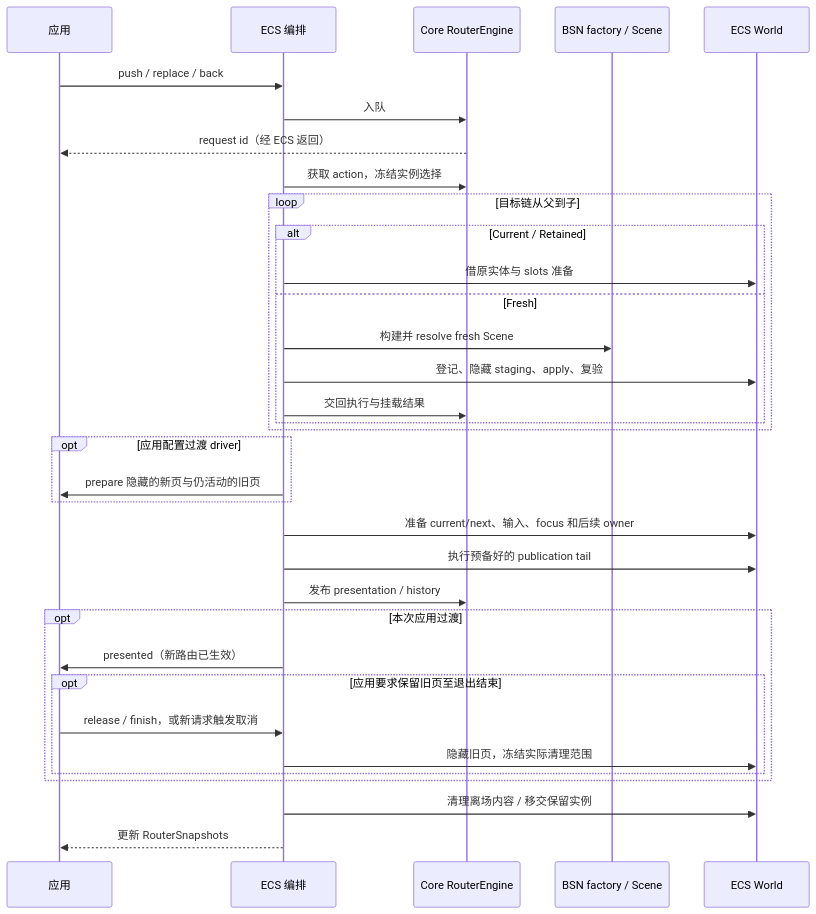
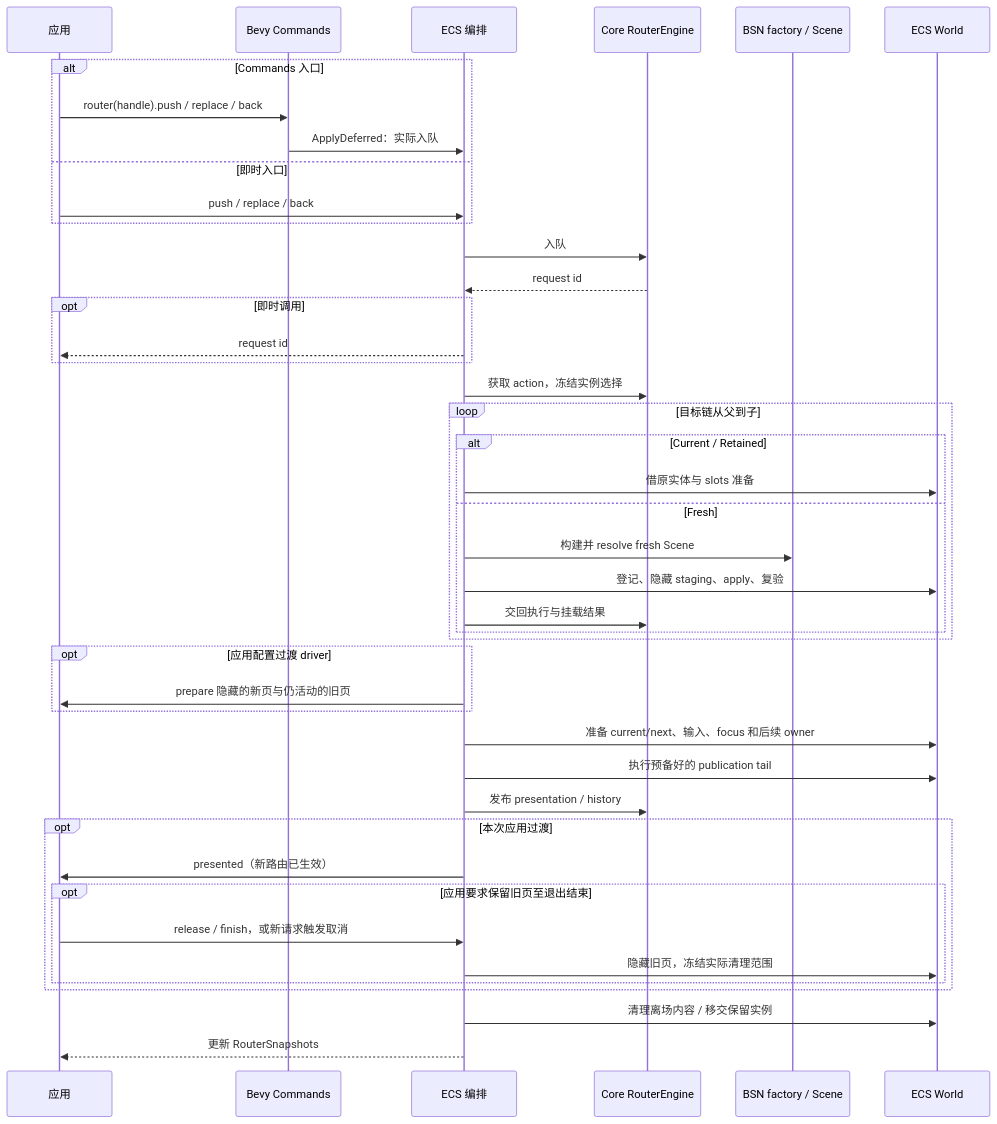
The second of 3 diagrams in docs/architecture/runtime.md (shengyusi-SYS/bevy_ui_router), drawn with Mermaid before and after one commit. The commit also changed other lines of this file and 25 other files, not shown here.

````diff
--- a/docs/architecture/runtime.md
+++ b/docs/architecture/runtime.md
@@ -38,36 +38,45 @@
 ```mermaid
 sequenceDiagram
     participant App as 应用
+    participant Commands as Bevy Commands
     participant Nav as ECS 编排
     participant Core as Core RouterEngine
     participant Scene as BSN factory / Scene
     participant World as ECS World
-    App->>Nav: push / replace / back
+    alt Commands 入口
+        App->>Commands: router(handle).push / replace / back
+        Commands->>Nav: ApplyDeferred：实际入队
+    else 即时入口
+        App->>Nav: push / replace / back
+    end
     Nav->>Core: 入队
-    Core-->>App: request id（经 ECS 返回）
+    Core-->>Nav: request id
+    opt 即时调用
+        Nav-->>App: request id
+    end
     Nav->>Core: 获取 action，冻结实例选择
     loop 目标链从父到子
         alt Current / Retained
             Nav->>World: 借原实体与 slots 准备
         else Fresh
             Nav->>Scene: 构建并 resolve fresh Scene
             Nav->>World: 登记、隐藏 staging、apply、复验
             Nav->>Core: 交回执行与挂载结果
         end
     end
     opt 应用配置过渡 driver
         Nav->>App: prepare 隐藏的新页与仍活动的旧页
     end
     Nav->>World: 准备 current/next、输入、focus 和后续 owner
     Nav->>World: 执行预备好的 publication tail
     Nav->>Core: 发布 presentation / history
     opt 本次应用过渡
         Nav->>App: presented（新路由已生效）
         opt 应用要求保留旧页至退出结束
             App->>Nav: release / finish，或新请求触发取消
             Nav->>World: 隐藏旧页，冻结实际清理范围
         end
     end
     Nav->>World: 清理离场内容 / 移交保留实例
     Nav-->>App: 更新 RouterSnapshots
 ```
````
